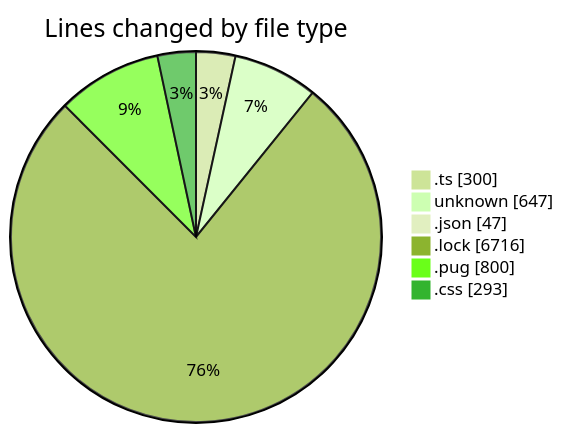
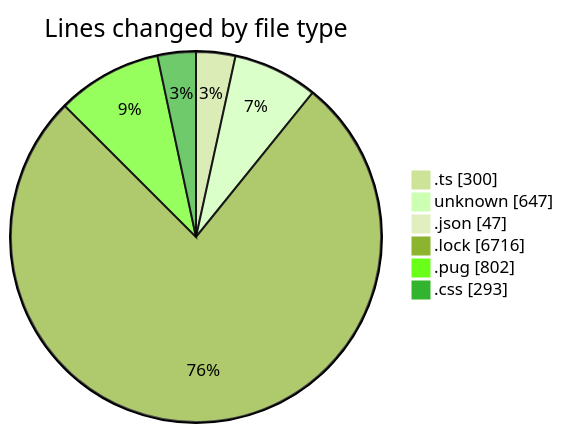
Before and after one commit to momahboobian/code-tracking: the first of 2 diagrams in 2026-05-22/cda/README.md, drawn with Mermaid (forest theme). The commit also changed other lines of this file and 1 other file, not shown here.

````diff
--- a/2026-05-22/cda/README.md
+++ b/2026-05-22/cda/README.md
@@ -30,10 +30,10 @@
 ```mermaid
 pie showData
 title Lines changed by file type
 ".ts" : 300
 "unknown" : 647
 ".json" : 47
 ".lock" : 6716
-".pug" : 800
+".pug" : 802
 ".css" : 293
 ```
````
